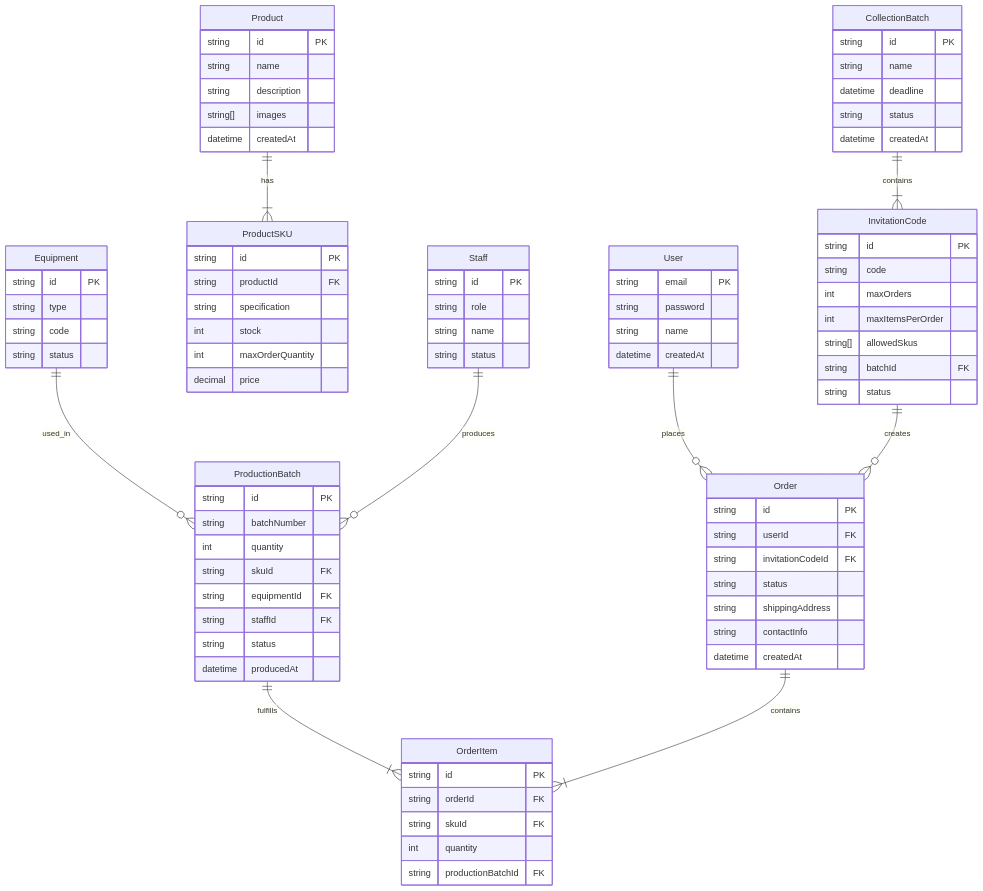
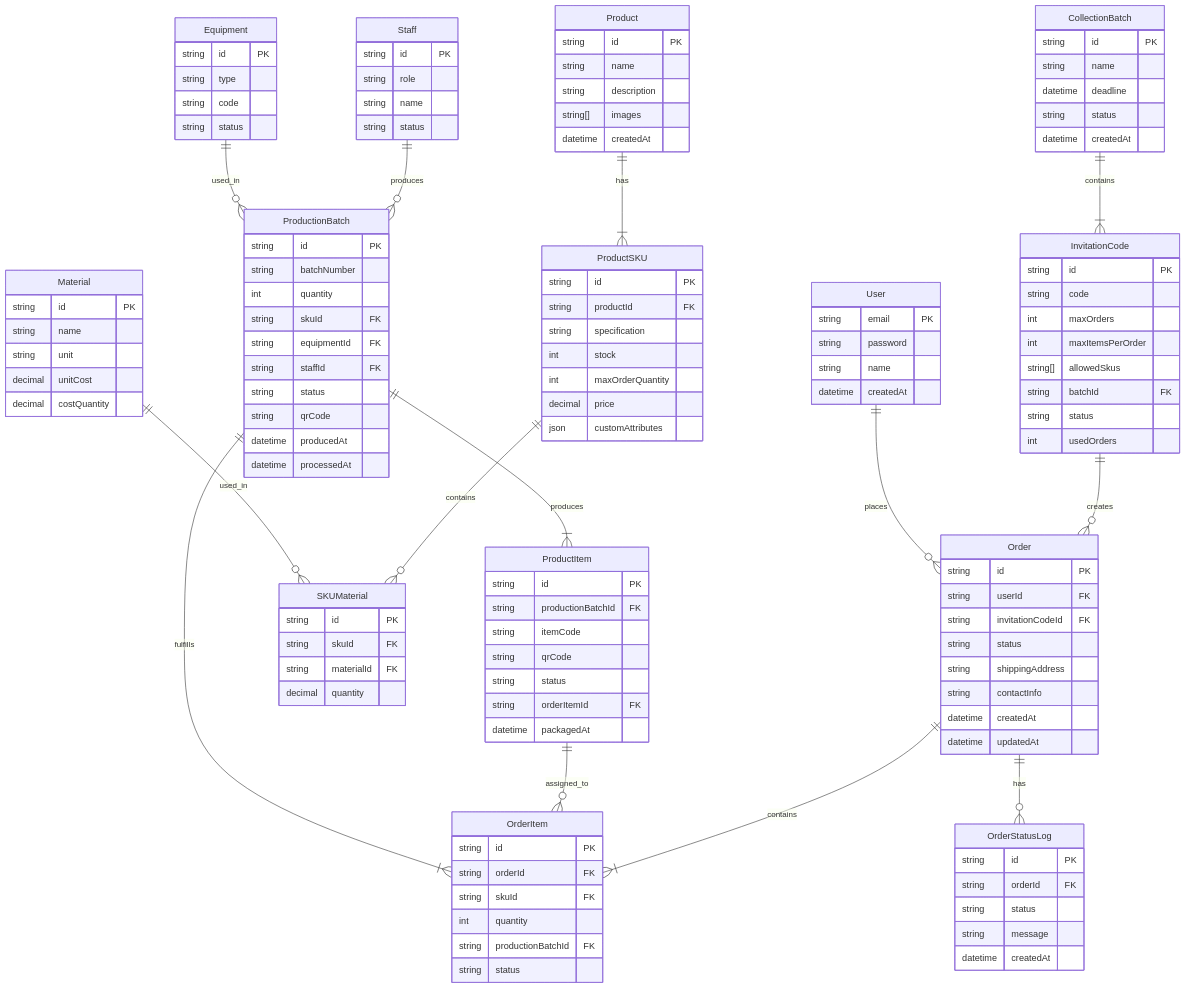
The diagram in docs/requirements.md (colour93/oooorder), drawn with Mermaid before and after one commit. The commit also changed other lines of this file and 72 other files, not shown here.

````diff
--- a/docs/requirements.md
+++ b/docs/requirements.md
@@ -67,6 +69,24 @@
         int stock
         int maxOrderQuantity
         decimal price
+        json customAttributes
+    }
+
+    Material ||--o{ SKUMaterial : used_in
+    Material {
+        string id PK
+        string name
+        string unit
+        decimal unitCost
+        decimal costQuantity
+    }
+
+    ProductSKU ||--o{ SKUMaterial : contains
+    SKUMaterial {
+        string id PK
+        string skuId FK
+        string materialId FK
+        decimal quantity
     }
 
     Equipment ||--o{ ProductionBatch : used_in
@@ -85,6 +105,7 @@
         string status
     }
 
+    ProductionBatch ||--|{ ProductItem : produces
     ProductionBatch ||--|{ OrderItem : fulfills
     ProductionBatch {
         string id PK
@@ -94,7 +115,20 @@
         string equipmentId FK
         string staffId FK
         string status
+        string qrCode
         datetime producedAt
+        datetime processedAt
+    }
+
+    ProductItem ||--o{ OrderItem : assigned_to
+    ProductItem {
+        string id PK
+        string productionBatchId FK
+        string itemCode
+        string qrCode
+        string status
+        string orderItemId FK
+        datetime packagedAt
     }
 
     CollectionBatch ||--|{ InvitationCode : contains
@@ -115,6 +149,7 @@
         string[] allowedSkus
         string batchId FK
         string status
+        int usedOrders
     }
 
     Order ||--|{ OrderItem : contains
@@ -126,6 +161,7 @@
         string shippingAddress
         string contactInfo
         datetime createdAt
+        datetime updatedAt
     }
 
     OrderItem {
@@ -134,5 +170,15 @@
         string skuId FK
         int quantity
         string productionBatchId FK
+        string status
+    }
+
+    Order ||--o{ OrderStatusLog : has
+    OrderStatusLog {
+        string id PK
+        string orderId FK
+        string status
+        string message
+        datetime createdAt
     }
 ```
````
